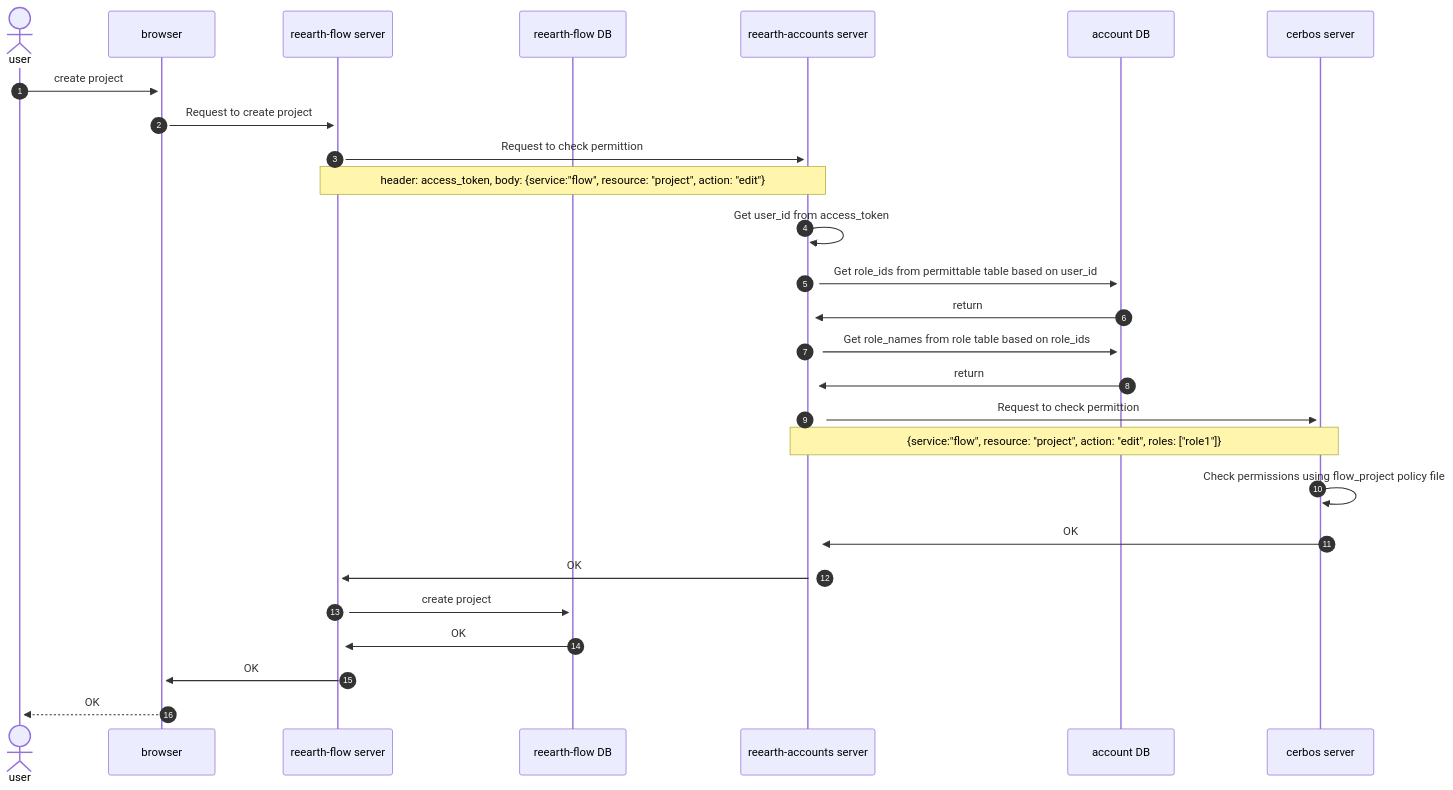
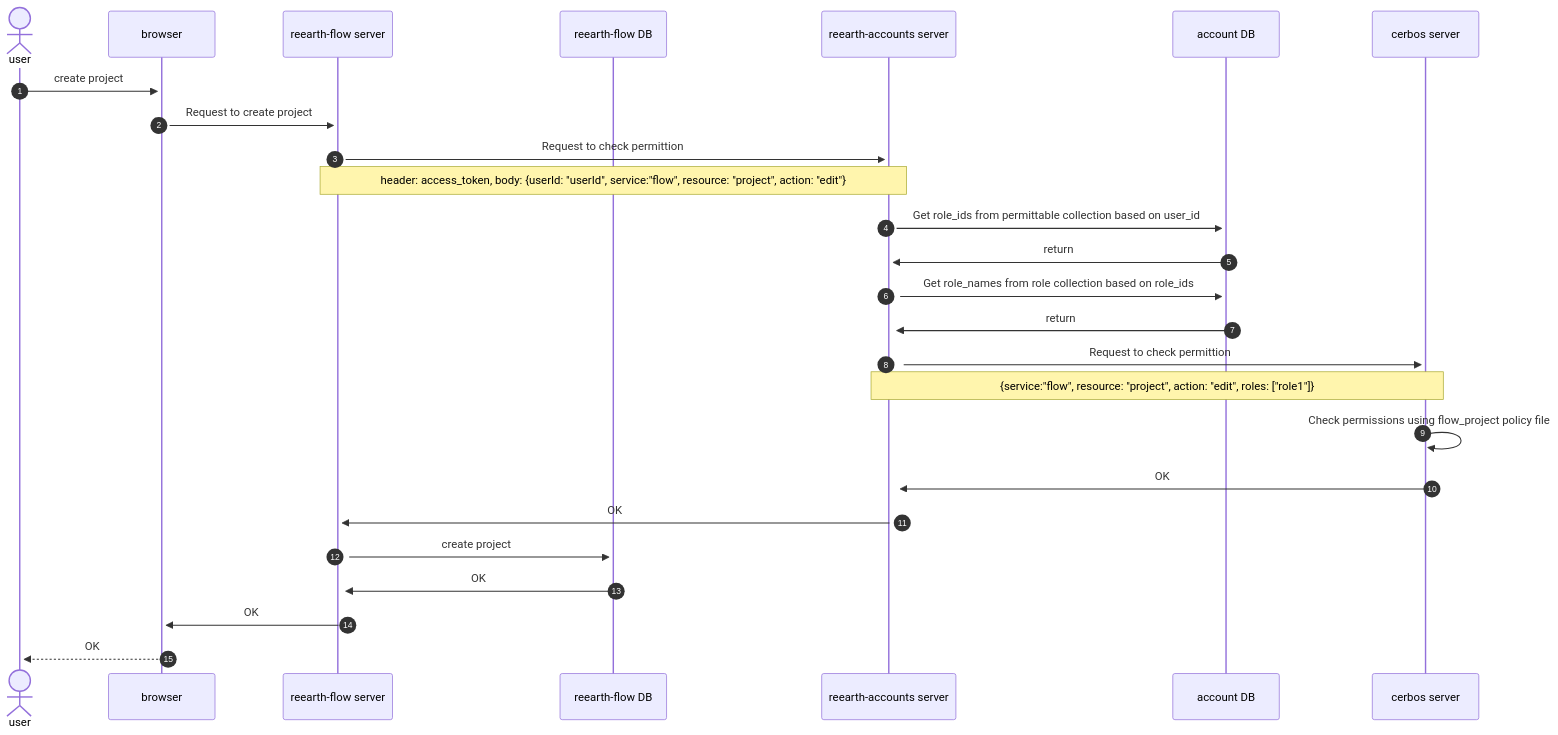
One commit to reearth/reearth-accounts changed the diagram in docs/sequence/check_permission.md. Above: the diagram before and after it, drawn with Mermaid.

Commit message:
fix sequence

````diff
--- a/docs/sequence/check_permission.md
+++ b/docs/sequence/check_permission.md
@@ -3,31 +3,30 @@
 ```mermaid
 sequenceDiagram
 autonumber
 
 actor user
 participant browser
 participant flowServer as reearth-flow server
 participant flowDB as reearth-flow DB
 participant accountsServer as reearth-accounts server
 participant accountDB as account DB
 participant cerbos as cerbos server
 
 user ->>+ browser :create project
 browser ->>+ flowServer :Request to create project
 flowServer ->>+ accountsServer :Request to check permittion
-note over flowServer, accountsServer: header: access_token, body: {service:"flow", resource: "project", action: "edit"}
-accountsServer ->>+ accountsServer :Get user_id from access_token
-accountsServer ->>+ accountDB :Get role_ids from permittable table based on user_id
+note over flowServer, accountsServer: header: access_token, body: {userId: "userId", service:"flow", resource: "project", action: "edit"}
+accountsServer ->>+ accountDB :Get role_ids from permittable collection based on user_id
 accountDB ->>+ accountsServer :return
-accountsServer ->>+ accountDB :Get role_names from role table based on role_ids
+accountsServer ->>+ accountDB :Get role_names from role collection based on role_ids
 accountDB ->>+ accountsServer :return
 accountsServer ->>+ cerbos :Request to check permittion
 note over accountsServer, cerbos: {service:"flow", resource: "project", action: "edit", roles: ["role1"]}
 cerbos ->>+ cerbos :Check permissions using flow_project policy file
 cerbos ->>+ accountsServer :OK
 accountsServer ->>+ flowServer :OK
 flowServer ->>+ flowDB: create project
 flowDB ->>+ flowServer :OK
 flowServer ->>+ browser :OK
 browser -->>+ user: OK
 ```
````
